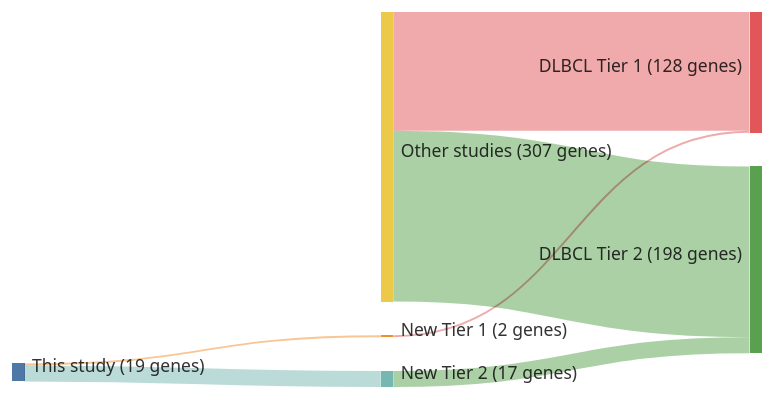
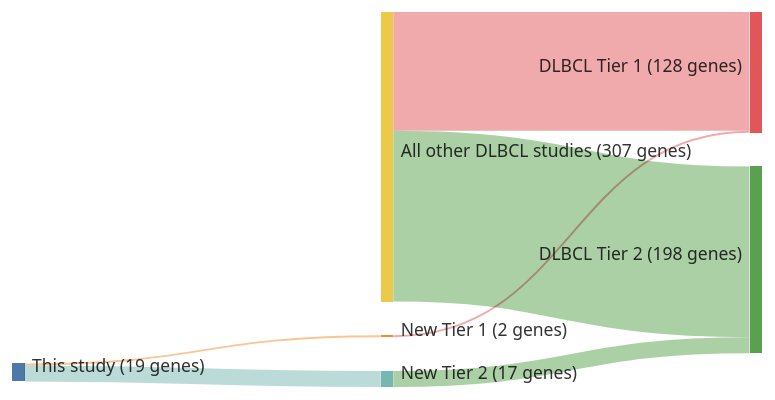
The diagram in papers/chapuyMolecularSubtypesDiffuse2018b.md (morinlab/lymphopedia), drawn with Mermaid before and after one commit. The commit also changed 82 other files, not shown here.

````diff
--- a/papers/chapuyMolecularSubtypesDiffuse2018b.md
+++ b/papers/chapuyMolecularSubtypesDiffuse2018b.md
@@ -12,20 +12,20 @@
 ```mermaid
 ---
 config:
     sankey:
         showValues: true
         linkColor: target
         width: 600
         height: 300
         nodeAlignment: right
         prefix: '('
         suffix: ' genes)'
 ---
 sankey-beta
 This study, New Tier 1, 2
 New Tier 1, DLBCL Tier 1, 2
 This study, New Tier 2, 17
 New Tier 2, DLBCL Tier 2, 17
-Other studies, DLBCL Tier 1, 126
-Other studies, DLBCL Tier 2, 181
+All other DLBCL studies, DLBCL Tier 1, 126
+All other DLBCL studies, DLBCL Tier 2, 181
 ```
````
